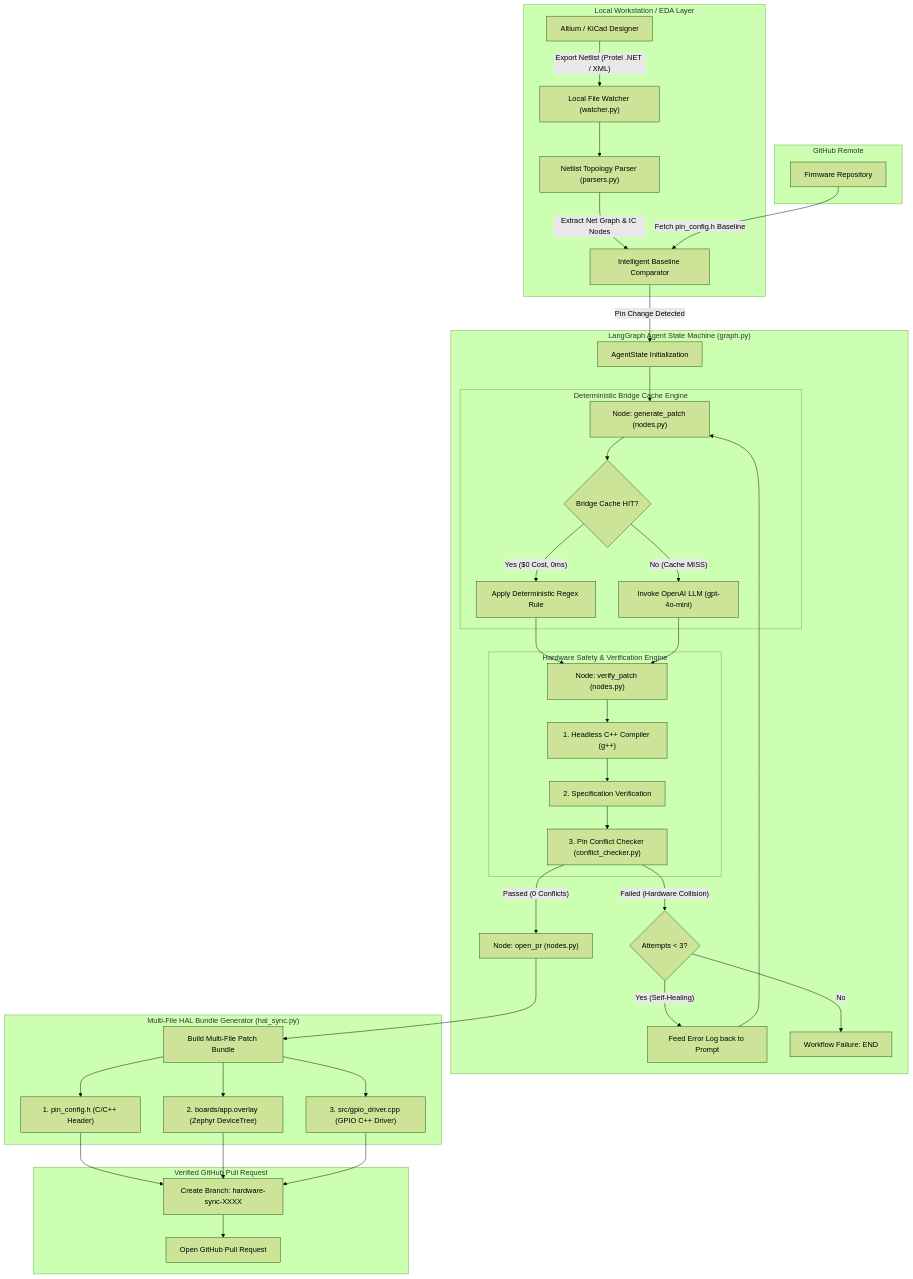
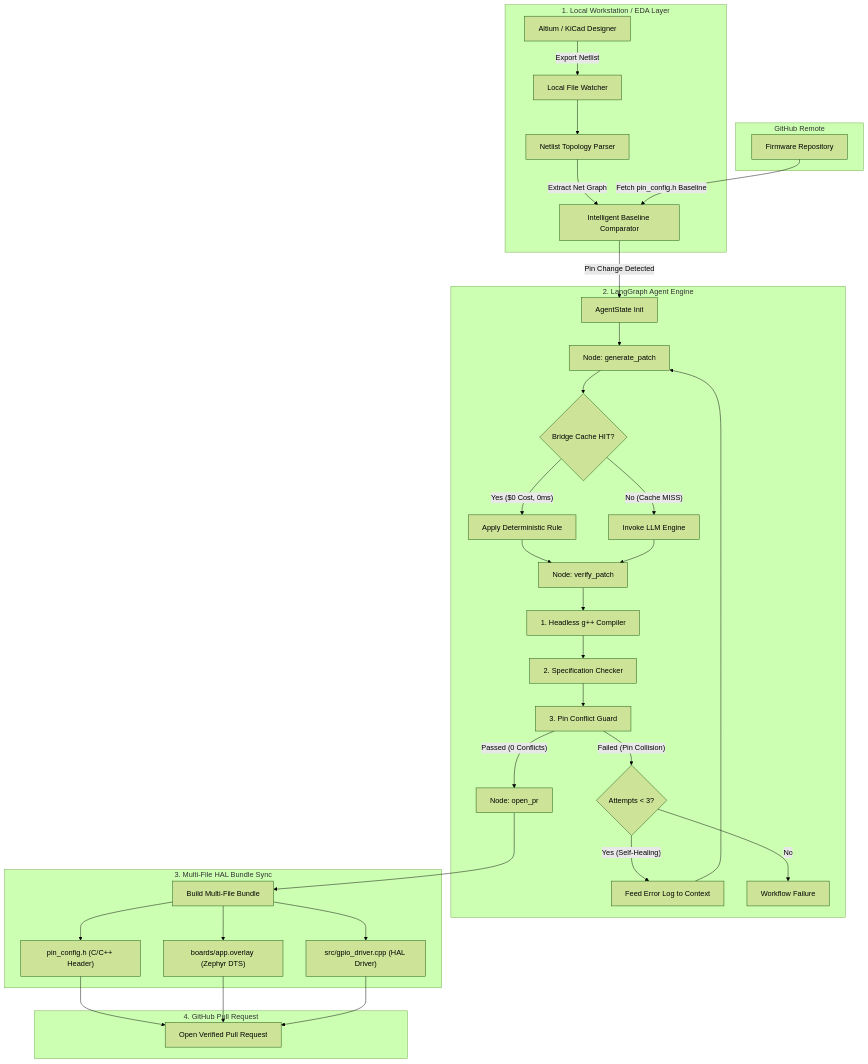
Before and after one commit to yuhtuna/gitbed: the diagram in README.md, drawn with Mermaid (forest theme). The commit also changed other lines of this file, not shown here.

Commit message:
docs: update README.md with clean Mermaid architecture diagram and open-source standards

````diff
--- a/README.md
+++ b/README.md
@@ -13,53 +30,48 @@
 ```mermaid
-flowchart TD
-    subgraph Local_EDA["Local Workstation / EDA Layer"]
-        A["Altium / KiCad Designer"] -->|"Export Netlist (Protel .NET / XML)"| B["Local File Watcher (watcher.py)"]
-        B --> C["Netlist Topology Parser (parsers.py)"]
-        C -->|"Extract Net Graph & IC Nodes"| D["Intelligent Baseline Comparator"]
+graph TD
+    subgraph EDA["1. Local Workstation / EDA Layer"]
+        A["Altium / KiCad Designer"] -->|"Export Netlist"| B["Local File Watcher"]
+        B --> C["Netlist Topology Parser"]
+        C -->|"Extract Net Graph"| D["Intelligent Baseline Comparator"]
     end
 
-    subgraph GitHub_Remote["GitHub Remote"]
+    subgraph GitHub["GitHub Remote"]
         G_Repo["Firmware Repository"] -->|"Fetch pin_config.h Baseline"| D
     end
 
-    subgraph LangGraph_Engine["LangGraph Agent State Machine (graph.py)"]
-        D -->|"Pin Change Detected"| State["AgentState Initialization"]
-        State --> Node_Gen["Node: generate_patch (nodes.py)"]
+    subgraph LangGraph["2. LangGraph Agent Engine"]
+        D -->|"Pin Change Detected"| State["AgentState Init"]
+        State --> Node_Gen["Node: generate_patch"]
         
-        subgraph Bridge_Cache["Deterministic Bridge Cache Engine"]
-            Node_Gen --> Cache_Check{"Bridge Cache HIT?"}
-            Cache_Check -->|"Yes ($0 Cost, 0ms)"| Apply_Rule["Apply Deterministic Regex Rule"]
-            Cache_Check -->|"No (Cache MISS)"| LLM_Synthesizer["Invoke OpenAI LLM (gpt-4o-mini)"]
-        end
+        Node_Gen --> Cache_Check{"Bridge Cache HIT?"}
+        Cache_Check -->|"Yes ($0 Cost, 0ms)"| Apply_Rule["Apply Deterministic Rule"]
+        Cache_Check -->|"No (Cache MISS)"| LLM_Synth["Invoke LLM Engine"]
         
-        Apply_Rule --> Node_Verify["Node: verify_patch (nodes.py)"]
-        LLM_Synthesizer --> Node_Verify
+        Apply_Rule --> Node_Verify["Node: verify_patch"]
+        LLM_Synth --> Node_Verify
         
-        subgraph Verification_Guard["Hardware Safety & Verification Engine"]
-            Node_Verify --> Check_Syntax["1. Headless C++ Compiler (g++)"]
-            Check_Syntax --> Check_Spec["2. Specification Verification"]
-            Check_Spec --> Check_Conflict["3. Pin Conflict Checker (conflict_checker.py)"]
-        end
+        Node_Verify --> Check_Syntax["1. Headless g++ Compiler"]
+        Check_Syntax --> Check_Spec["2. Specification Checker"]
+        Check_Spec --> Check_Conflict["3. Pin Conflict Guard"]
         
-        Check_Conflict -->|"Passed (0 Conflicts)"| Node_PR["Node: open_pr (nodes.py)"]
-        Check_Conflict -->|"Failed (Hardware Collision)"| Reflection_Loop{"Attempts < 3?"}
+        Check_Conflict -->|"Passed (0 Conflicts)"| Node_PR["Node: open_pr"]
+        Check_Conflict -->|"Failed (Pin Collision)"| Reflection_Loop{"Attempts < 3?"}
         
-        Reflection_Loop -->|"Yes (Self-Healing)"| Pass_Error["Feed Error Log back to Prompt"]
+        Reflection_Loop -->|"Yes (Self-Healing)"| Pass_Error["Feed Error Log to Context"]
         Pass_Error --> Node_Gen
-        Reflection_Loop -->|"No"| Fail_End["Workflow Failure: END"]
+        Reflection_Loop -->|"No"| Fail_End["Workflow Failure"]
     end
 
-    subgraph MultiFile_HAL["Multi-File HAL Bundle Generator (hal_sync.py)"]
-        Node_PR --> HAL_Bundle["Build Multi-File Patch Bundle"]
-        HAL_Bundle --> F1["1. pin_config.h (C/C++ Header)"]
-        HAL_Bundle --> F2["2. boards/app.overlay (Zephyr DeviceTree)"]
-        HAL_Bundle --> F3["3. src/gpio_driver.cpp (GPIO C++ Driver)"]
+    subgraph HAL_Sync["3. Multi-File HAL Bundle Sync"]
+        Node_PR --> HAL_Bundle["Build Multi-File Bundle"]
+        HAL_Bundle --> F1["pin_config.h (C/C++ Header)"]
+        HAL_Bundle --> F2["boards/app.overlay (Zephyr DTS)"]
+        HAL_Bundle --> F3["src/gpio_driver.cpp (HAL Driver)"]
     end
 
-    subgraph GitHub_PR["Verified GitHub Pull Request"]
-        F1 --> Push_Git["Create Branch: hardware-sync-XXXX"]
-        F2 --> Push_Git
-        F3 --> Push_Git
-        Push_Git --> Open_PR["Open GitHub Pull Request"]
+    subgraph Remote_PR["4. GitHub Pull Request"]
+        F1 --> Create_PR["Open Verified Pull Request"]
+        F2 --> Create_PR
+        F3 --> Create_PR
     end
 ```
````
